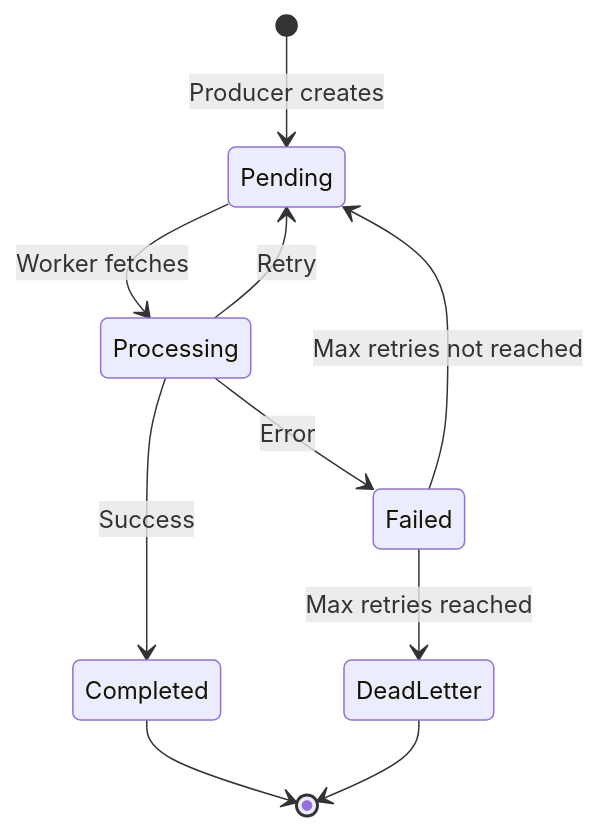
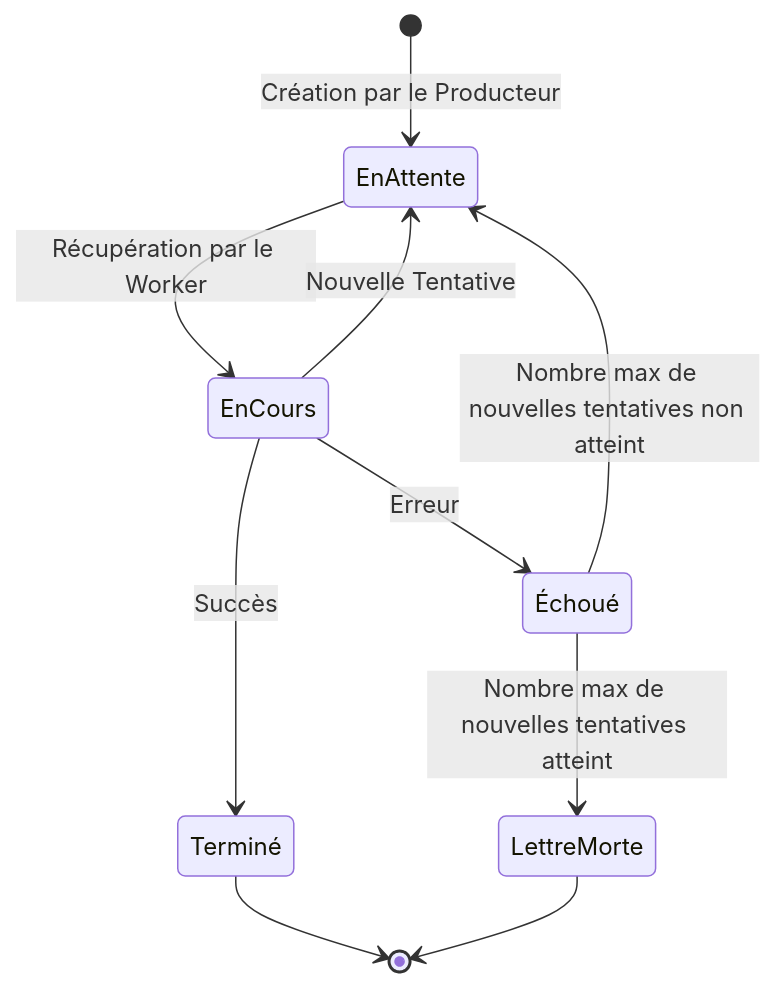
Before and after one commit to dardourimohamed/distributed-systems-course: the third of 3 diagrams in src/fundamentals/03-queue-system.md, drawn with Mermaid. The commit also changed other lines of this file and 38 other files, not shown here.

````diff
--- a/src/fundamentals/03-queue-system.md
+++ b/src/fundamentals/03-queue-system.md
@@ -86,12 +86,12 @@
 ```mermaid
 stateDiagram-v2
-    [*] --> Pending: Producer creates
-    Pending --> Processing: Worker fetches
-    Processing --> Completed: Success
-    Processing --> Failed: Error
-    Processing --> Pending: Retry
-    Failed --> Pending: Max retries not reached
-    Failed --> DeadLetter: Max retries reached
-    Completed --> [*]
-    DeadLetter --> [*]
+    [*] --> EnAttente: Création par le Producteur
+    EnAttente --> EnCours: Récupération par le Worker
+    EnCours --> Terminé: Succès
+    EnCours --> Échoué: Erreur
+    EnCours --> EnAttente: Nouvelle Tentative
+    Échoué --> EnAttente: Nombre max de nouvelles tentatives non atteint
+    Échoué --> LettreMorte: Nombre max de nouvelles tentatives atteint
+    Terminé --> [*]
+    LettreMorte --> [*]
 ```
````
